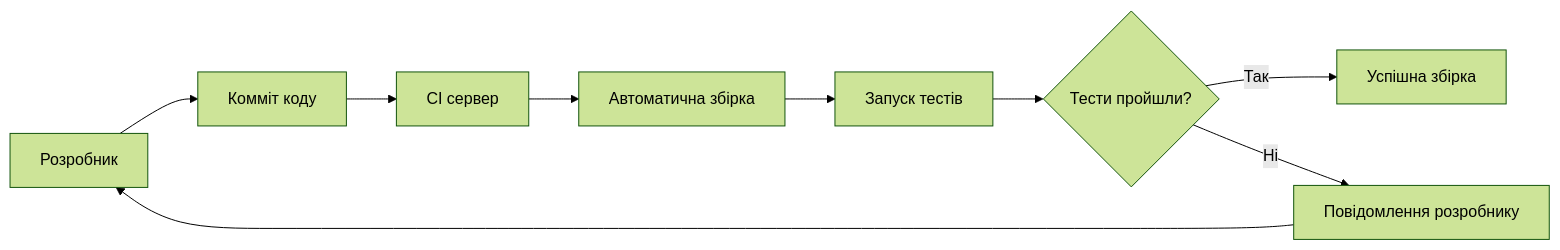
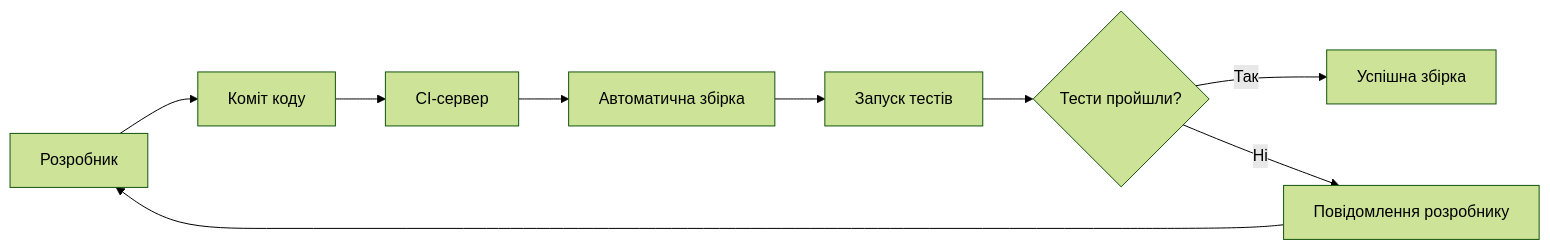
One commit to olroi421/course-opi-v2 changed the first of 11 diagrams in lectures/lecture-13.md. Above: the diagram before and after it, drawn with Mermaid (forest theme). The commit also changed other lines of this file and 9 other files, not shown here.

````diff
--- a/lectures/lecture-13.md
+++ b/lectures/lecture-13.md
@@ -17,11 +27,11 @@
 ```mermaid
 graph LR
-    A[Розробник] --> B[Комміт коду]
-    B --> C[CI сервер]
+    A[Розробник] --> B[Коміт коду]
+    B --> C[CI-сервер]
     C --> D[Автоматична збірка]
     D --> E[Запуск тестів]
     E --> F{Тести пройшли?}
     F -->|Так| G[Успішна збірка]
     F -->|Ні| H[Повідомлення розробнику]
     H --> A
 ```
````
